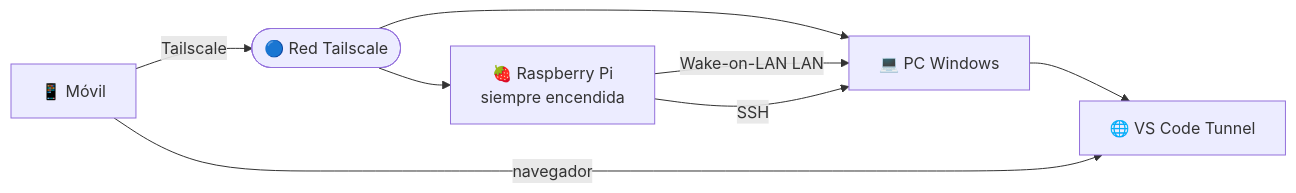
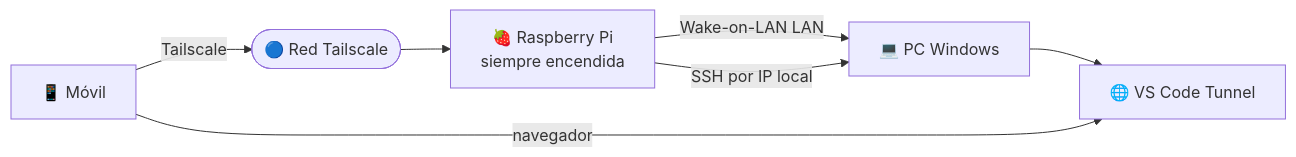
One commit to Juanba98/remote-dev-tutorial changed the diagram in README.md. Above: the diagram before and after it, drawn with Mermaid. The commit also changed other lines of this file, not shown here.

First line of the commit message:
Correct Tailscale scope: phone instead of Windows PC

````diff
--- a/README.md
+++ b/README.md
@@ -27,10 +27,9 @@
 ```mermaid
 flowchart LR
     M["📱 Móvil"] -->|Tailscale| T(["🔵 Red Tailscale"])
     T --> RPI["🍓 Raspberry Pi<br/>siempre encendida"]
-    T --> PC["💻 PC Windows"]
-    RPI -->|Wake-on-LAN LAN| PC
-    RPI -->|SSH| PC
+    RPI -->|Wake-on-LAN LAN| PC["💻 PC Windows"]
+    RPI -->|SSH por IP local| PC
     PC --> TUN["🌐 VS Code Tunnel"]
     M -->|navegador| TUN
 ```
````
